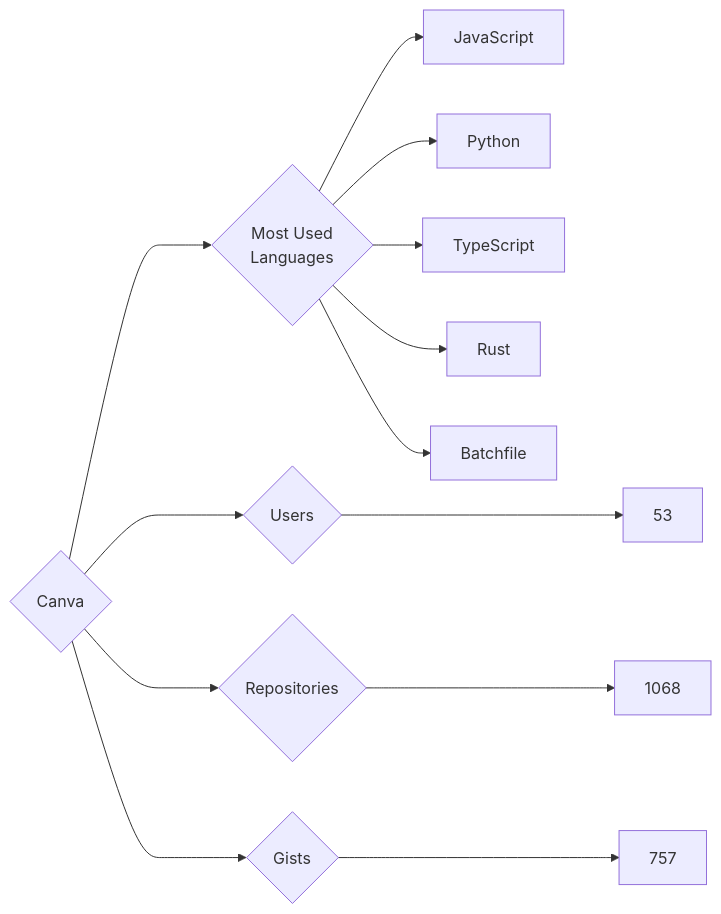
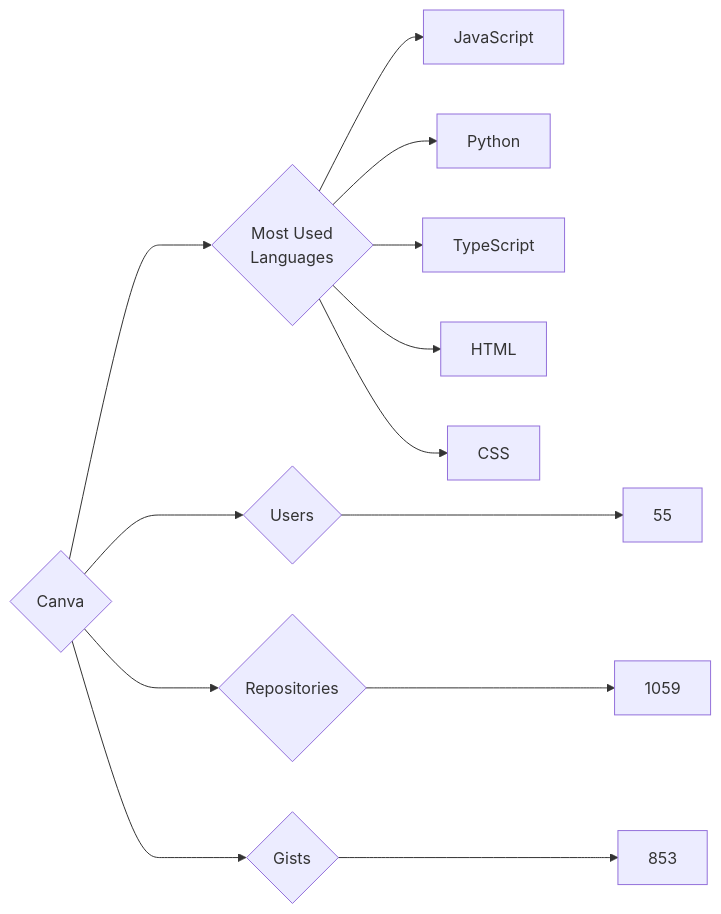
Before and after one commit to trickest/insiders: the diagram in targets/Canva/README.md, drawn with Mermaid. The commit also changed 882 other files, not shown here.

````diff
--- a/targets/Canva/README.md
+++ b/targets/Canva/README.md
@@ -3,13 +3,13 @@
 ```mermaid
 graph LR
 COMPANY_NAME{Canva}
-COMPANY_NAME ---> U{Users} ---> UN[53]
-COMPANY_NAME ---> R{Repositories} ---> RN[1068]
-COMPANY_NAME ---> G{Gists} ---> GN[757]
+COMPANY_NAME ---> U{Users} ---> UN[55]
+COMPANY_NAME ---> R{Repositories} ---> RN[1059]
+COMPANY_NAME ---> G{Gists} ---> GN[853]
 COMPANY_NAME ---> ML{Most Used<br>Languages}
 ML --> JavaScript[JavaScript]
 ML --> Python[Python]
 ML --> TypeScript[TypeScript]
-ML --> Rust[Rust]
-ML --> Batchfile[Batchfile]
+ML --> HTML[HTML]
+ML --> CSS[CSS]
 ```
````
